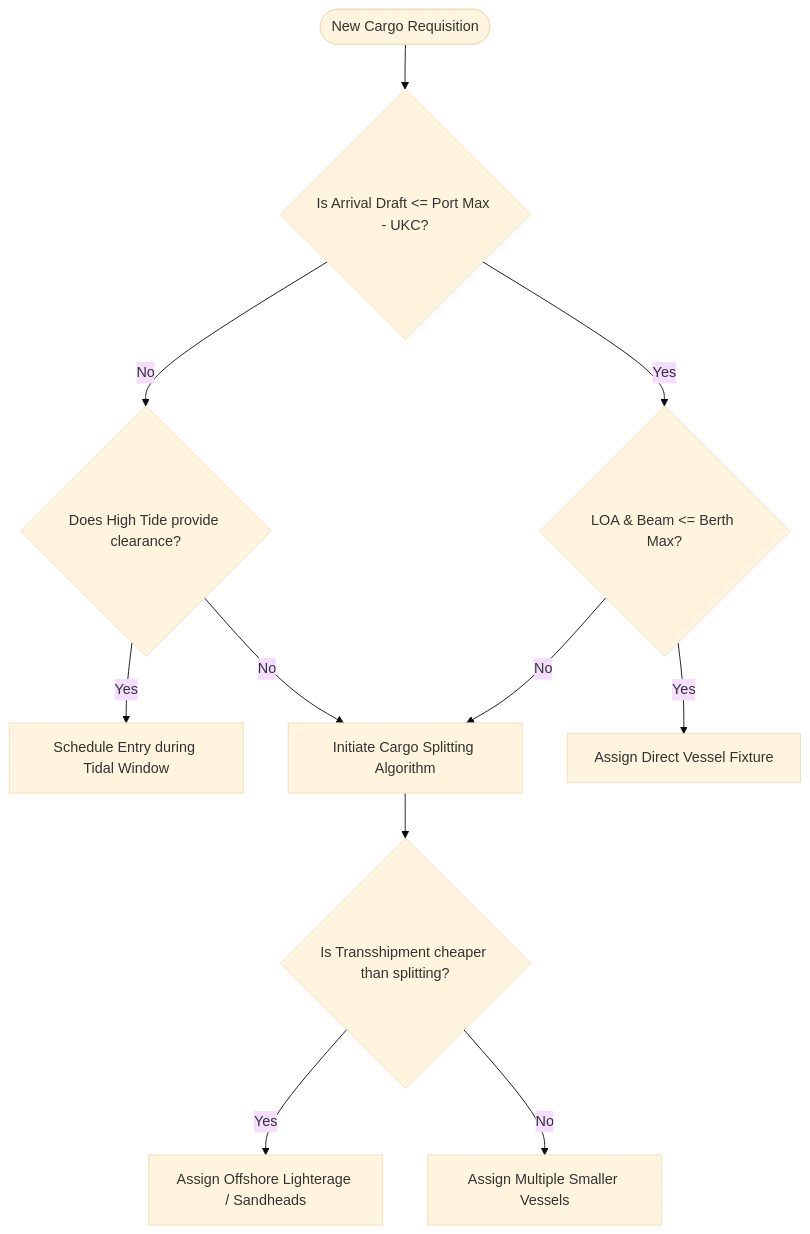
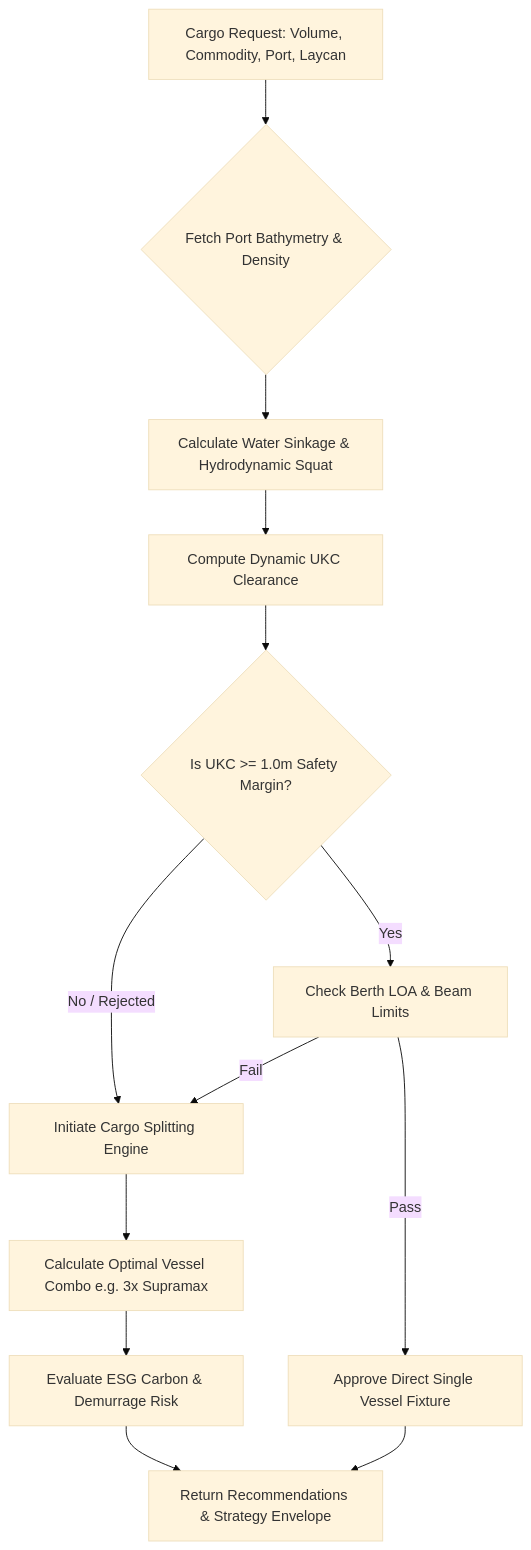
The fourth of 4 diagrams in Docs/08_System_Architecture_Diagrams.md (IamNishant51/KargoSetu), drawn with Mermaid (base theme) before and after one commit. The commit also changed other lines of this file and 3 other files, not shown here.

````diff
--- a/Docs/08_System_Architecture_Diagrams.md
+++ b/Docs/08_System_Architecture_Diagrams.md
@@ -92,17 +97,15 @@
 ```mermaid
 flowchart TD
-    Start([New Cargo Requisition]) --> DraftCheck{Is Arrival Draft <= Port Max - UKC?}
-    
-    DraftCheck -->|Yes| DimensionCheck{LOA & Beam <= Berth Max?}
-    DraftCheck -->|No| TidalCheck{Does High Tide provide clearance?}
-    
-    TidalCheck -->|Yes| ScheduleTide[Schedule Entry during Tidal Window]
-    TidalCheck -->|No| SplitCargo[Initiate Cargo Splitting Algorithm]
-    
-    DimensionCheck -->|Yes| Assign[Assign Direct Vessel Fixture]
-    DimensionCheck -->|No| SplitCargo
-    
-    SplitCargo --> Transshipment{Is Transshipment cheaper than splitting?}
-    Transshipment -->|Yes| AssignLighterage[Assign Offshore Lighterage / Sandheads]
-    Transshipment -->|No| AssignMultiple[Assign Multiple Smaller Vessels]
+    A[Cargo Request: Volume, Commodity, Port, Laycan] --> B{Fetch Port Bathymetry & Density}
+    B --> C[Calculate Water Sinkage & Hydrodynamic Squat]
+    C --> D[Compute Dynamic UKC Clearance]
+    D --> E{Is UKC >= 1.0m Safety Margin?}
+    E -->|Yes| F[Check Berth LOA & Beam Limits]
+    F -->|Pass| G[Approve Direct Single Vessel Fixture]
+    E -->|No / Rejected| H[Initiate Cargo Splitting Engine]
+    F -->|Fail| H
+    H --> I[Calculate Optimal Vessel Combo e.g. 3x Supramax]
+    I --> J[Evaluate ESG Carbon & Demurrage Risk]
+    J --> K[Return Recommendations & Strategy Envelope]
+    G --> K
 ```
````
